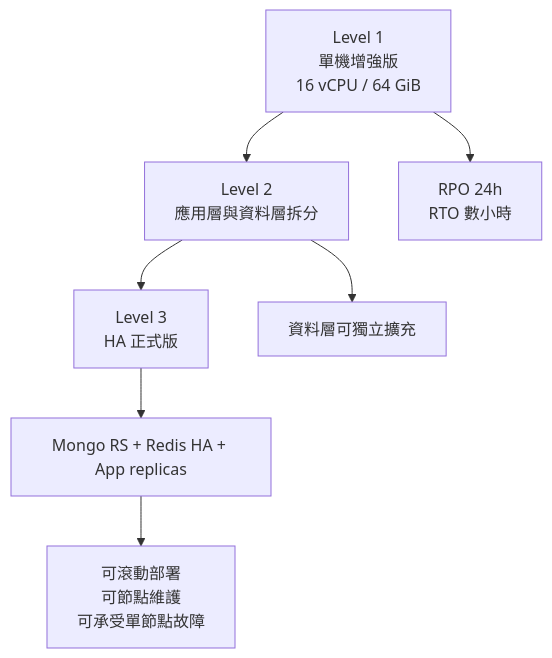
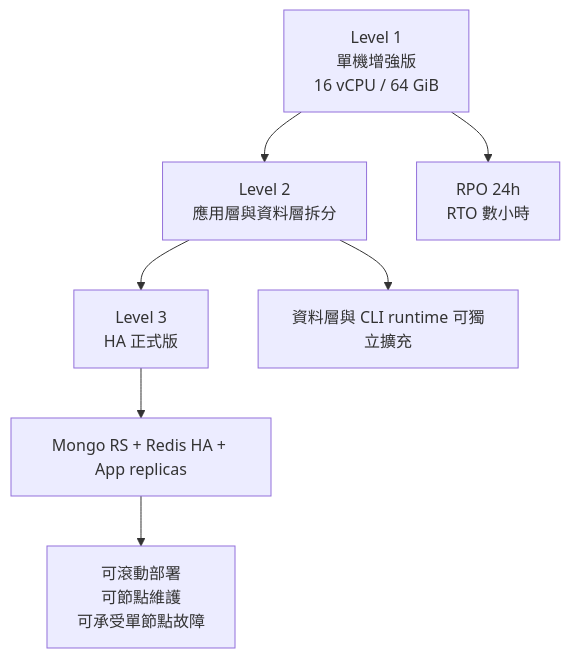
One commit to chunkai1312/temp changed diagram 11 of 17 in production-resource-architecture-proposal.md. Above: the diagram before and after it, drawn with Mermaid. The commit also changed other lines of this file, not shown here.

````diff
--- a/production-resource-architecture-proposal.md
+++ b/production-resource-architecture-proposal.md
@@ -386,11 +457,11 @@
 ```mermaid
 flowchart TB
   T1["Level 1\n單機增強版\n16 vCPU / 64 GiB"] --> T2["Level 2\n應用層與資料層拆分"]
   T2 --> T3["Level 3\nHA 正式版"]
 
   T1 --> L1A["RPO 24h\nRTO 數小時"]
-  T2 --> L2A["資料層可獨立擴充"]
+  T2 --> L2A["資料層與 CLI runtime 可獨立擴充"]
   T3 --> L3A["Mongo RS + Redis HA + App replicas"]
 
   L3A --> OPS["可滾動部署\n可節點維護\n可承受單節點故障"]
 ```
````
